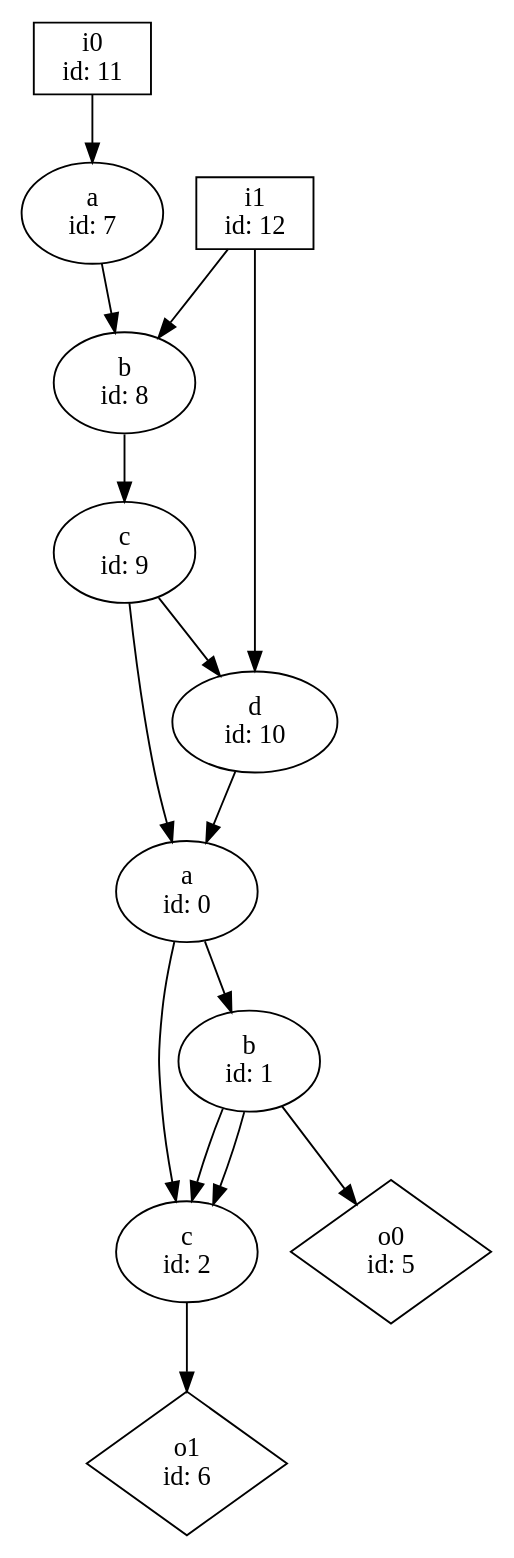
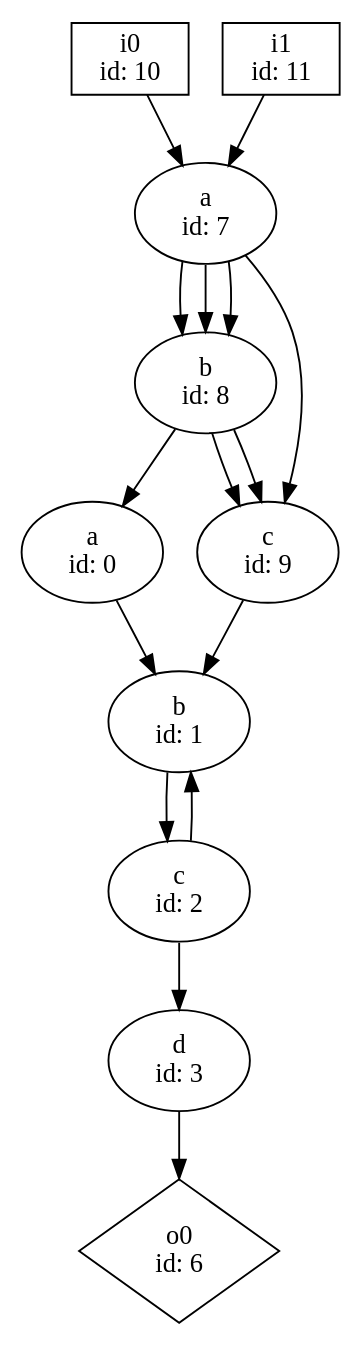
One commit to p9romain/bool-circuits changed the diagram in dot_files/g1_compose_g2.dot. Above: the diagram before and after it, drawn with Graphviz. The commit also changed 40 other files, not shown here.

```diff
--- a/dot_files/g1_compose_g2.dot
+++ b/dot_files/g1_compose_g2.dot
@@ -1,27 +1,27 @@
 digraph G {
 n0 [label="a\n id: 0"];
 n1 [label="b\n id: 1"];
 n2 [label="c\n id: 2"];
-n5 [label="o0\n id: 5",shape="diamond"];
-n6 [label="o1\n id: 6",shape="diamond"];
+n3 [label="d\n id: 3"];
+n6 [label="o0\n id: 6",shape="diamond"];
 n7 [label="a\n id: 7"];
 n8 [label="b\n id: 8"];
 n9 [label="c\n id: 9"];
-n10 [label="d\n id: 10"];
-n11 [label="i0\n id: 11",shape="box"];
-n12 [label="i1\n id: 12",shape="box"];
+n10 [label="i0\n id: 10",shape="box"];
+n11 [label="i1\n id: 11",shape="box"];
 n0 -> n1
-n0 -> n2
 n1 -> n2
-n1 -> n2
-n1 -> n5
-n2 -> n6
+n2 -> n1
+n2 -> n3
+n3 -> n6
 n7 -> n8
+n7 -> n8
+n7 -> n8
+n7 -> n9
 n8 -> n9
-n9 -> n10
-n9 -> n0
-n10 -> n0
+n8 -> n9
+n8 -> n0
+n9 -> n1
+n10 -> n7
 n11 -> n7
-n12 -> n8
-n12 -> n10
 }
```
